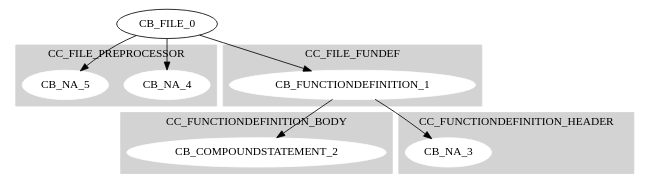
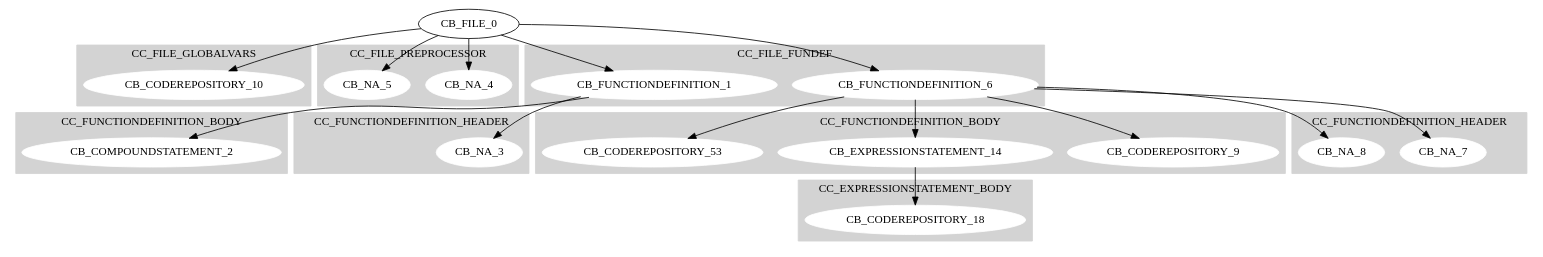
Before and after one commit to vasilismoulas/Compiler-C2ASM: the diagram in C2ASM/TestBench/CodeStructure.dot, drawn with Graphviz. The commit also changed 29 other files, not shown here.

```diff
--- a/C2ASM/TestBench/CodeStructure.dot
+++ b/C2ASM/TestBench/CodeStructure.dot
@@ -1,35 +1,71 @@
 digraph {
 	subgraph cluster0{
+		node [style=filled,color=white];
+		style=filled;
+		color=lightgrey;
+		CB_CODEREPOSITORY_10;
+		label=CC_FILE_GLOBALVARS;
+	}
+	subgraph cluster1{
 		node [style=filled,color=white];
 		style=filled;
 		color=lightgrey;
 		CB_NA_4;CB_NA_5;
 		label=CC_FILE_PREPROCESSOR;
 	}
-	subgraph cluster1{
+	subgraph cluster2{
 		node [style=filled,color=white];
 		style=filled;
 		color=lightgrey;
-		CB_FUNCTIONDEFINITION_1;
+		CB_FUNCTIONDEFINITION_1;CB_FUNCTIONDEFINITION_6;
 		label=CC_FILE_FUNDEF;
 	}
 "CB_FILE_0"->"CB_NA_4"
 "CB_FILE_0"->"CB_NA_5"
-	subgraph cluster2{
+"CB_FILE_0"->"CB_CODEREPOSITORY_10"
+	subgraph cluster3{
 		node [style=filled,color=white];
 		style=filled;
 		color=lightgrey;
 		CB_COMPOUNDSTATEMENT_2;
 		label=CC_FUNCTIONDEFINITION_BODY;
 	}
-	subgraph cluster3{
+	subgraph cluster4{
 		node [style=filled,color=white];
 		style=filled;
 		color=lightgrey;
 		CB_NA_3;
 		label=CC_FUNCTIONDEFINITION_HEADER;
 	}
 "CB_FUNCTIONDEFINITION_1"->"CB_NA_3"
 "CB_FUNCTIONDEFINITION_1"->"CB_COMPOUNDSTATEMENT_2"
 "CB_FILE_0"->"CB_FUNCTIONDEFINITION_1"
+	subgraph cluster5{
+		node [style=filled,color=white];
+		style=filled;
+		color=lightgrey;
+		CB_CODEREPOSITORY_9;CB_EXPRESSIONSTATEMENT_14;CB_CODEREPOSITORY_53;
+		label=CC_FUNCTIONDEFINITION_BODY;
+	}
+	subgraph cluster6{
+		node [style=filled,color=white];
+		style=filled;
+		color=lightgrey;
+		CB_NA_7;CB_NA_8;
+		label=CC_FUNCTIONDEFINITION_HEADER;
+	}
+"CB_FUNCTIONDEFINITION_6"->"CB_NA_7"
+"CB_FUNCTIONDEFINITION_6"->"CB_NA_8"
+"CB_FUNCTIONDEFINITION_6"->"CB_CODEREPOSITORY_9"
+	subgraph cluster7{
+		node [style=filled,color=white];
+		style=filled;
+		color=lightgrey;
+		CB_CODEREPOSITORY_18;
+		label=CC_EXPRESSIONSTATEMENT_BODY;
+	}
+"CB_EXPRESSIONSTATEMENT_14"->"CB_CODEREPOSITORY_18"
+"CB_FUNCTIONDEFINITION_6"->"CB_EXPRESSIONSTATEMENT_14"
+"CB_FUNCTIONDEFINITION_6"->"CB_CODEREPOSITORY_53"
+"CB_FILE_0"->"CB_FUNCTIONDEFINITION_6"
 }
```
